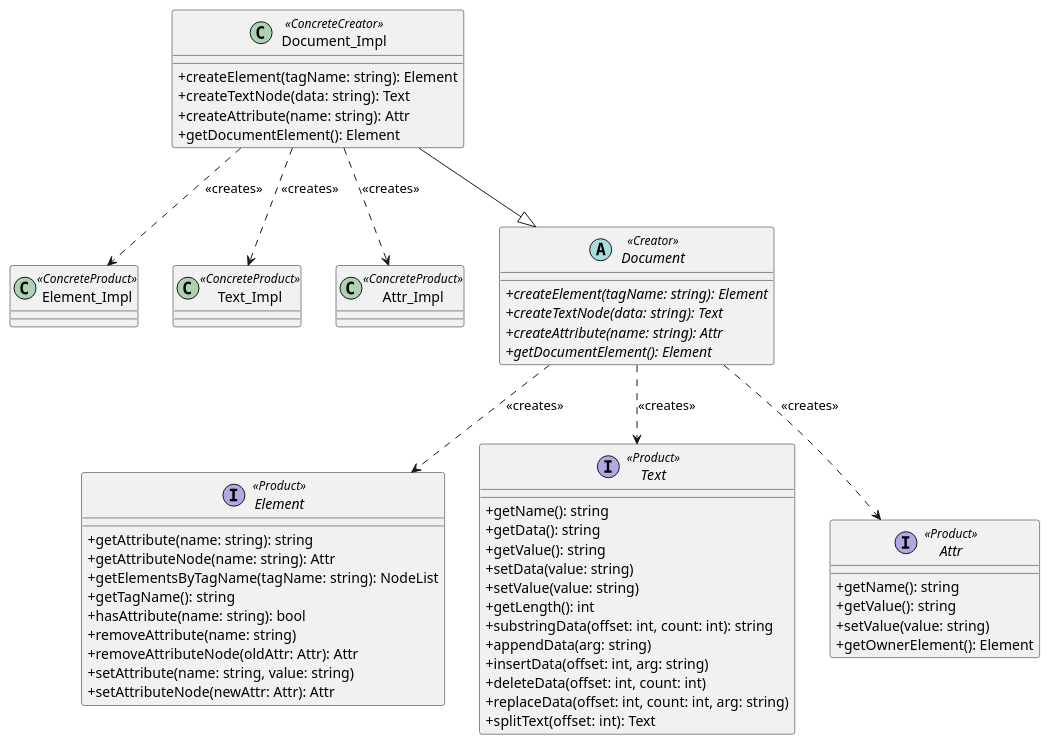
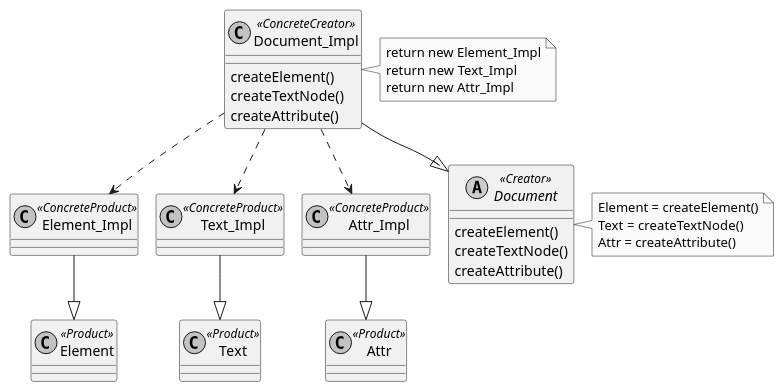
Before and after one commit to mgyllenhoff/software-patterns: the diagram in uml/FactoryMethod.puml, drawn with PlantUML.

Commit message:
Updated UML to be more simplified

```diff
--- a/uml/FactoryMethod.puml
+++ b/uml/FactoryMethod.puml
@@ -1,98 +1,55 @@
 @startuml
-' =========================
-' Factory Method DOM Diagram
-' =========================
+!pragma layout smetana
 
 skinparam classAttributeIconSize 0
+skinparam monochrome true
 
-' -------------------------
-' Products (interfaces)
-' -------------------------
-interface Element <<Product>> {
-    +getAttribute(name: string): string
-    +getAttributeNode(name: string): Attr
-    +getElementsByTagName(tagName: string): NodeList
-    +getTagName(): string
-    +hasAttribute(name: string): bool
-    +removeAttribute(name: string)
-    +removeAttributeNode(oldAttr: Attr): Attr
-    +setAttribute(name: string, value: string)
-    +setAttributeNode(newAttr: Attr): Attr
+' Products (no methods shown - single compartment)
+class Element <<Product>>
+class Text <<Product>>
+class Attr <<Product>>
+
+' Concrete Products (no methods shown - single compartment)
+class Element_Impl <<ConcreteProduct>>
+class Text_Impl <<ConcreteProduct>>
+class Attr_Impl <<ConcreteProduct>>
+
+' Creator (has methods - two compartments)
+abstract class Document <<Creator>> {
+    createElement()
+    createTextNode()
+    createAttribute()
 }
 
-interface Text <<Product>> {
-    +getName(): string
-    +getData(): string
-    +getValue(): string
-    +setData(value: string)
-    +setValue(value: string)
-    +getLength(): int
-    +substringData(offset: int, count: int): string
-    +appendData(arg: string)
-    +insertData(offset: int, arg: string)
-    +deleteData(offset: int, count: int)
-    +replaceData(offset: int, count: int, arg: string)
-    +splitText(offset: int): Text
+' Concrete Creator (has methods - two compartments)
+class Document_Impl <<ConcreteCreator>> {
+    createElement()
+    createTextNode()
+    createAttribute()
 }
 
-interface Attr <<Product>> {
-    +getName(): string
-    +getValue(): string
-    +setValue(value: string)
-    +getOwnerElement(): Element
-}
-
-' -------------------------
-' Concrete Products
-' -------------------------
-class Element_Impl <<ConcreteProduct>> {
-}
-
-class Text_Impl <<ConcreteProduct>> {
-}
-
-class Attr_Impl <<ConcreteProduct>> {
-}
-
-' -------------------------
-' Creator
-' -------------------------
-abstract class Document <<Creator>> {
-    +{abstract} createElement(tagName: string): Element
-    +{abstract} createTextNode(data: string): Text
-    +{abstract} createAttribute(name: string): Attr
-    +{abstract} getDocumentElement(): Element
-}
-
-' -------------------------
-' Concrete Creator
-' -------------------------
-class Document_Impl <<ConcreteCreator>> {
-    +createElement(tagName: string): Element
-    +createTextNode(data: string): Text
-    +createAttribute(name: string): Attr
-    +getDocumentElement(): Element
-}
-
-' =========================
 ' Relationships
-' =========================
-
-' Implementation relationships (dashed lines with hollow arrow)
 Document_Impl --|> Document
 
-' Element_Impl ..|> Element
-' Text_Impl ..|> Text
-' Attr_Impl ..|> Attr
+' ConcreteProducts inherit from Products
+Element_Impl --|> Element
+Text_Impl --|> Text
+Attr_Impl --|> Attr
 
-' Dependency relationships (dashed arrows)
-Document_Impl ..> Element_Impl : <<creates>>
-Document_Impl ..> Text_Impl : <<creates>>
-Document_Impl ..> Attr_Impl : <<creates>>
+Document_Impl ..> Element_Impl
+Document_Impl ..> Text_Impl
+Document_Impl ..> Attr_Impl
 
-' Factory method declarations
-Document ..> Element : <<creates>>
-Document ..> Text : <<creates>>
-Document ..> Attr : <<creates>>
+note right of Document_Impl
+  return new Element_Impl
+  return new Text_Impl
+  return new Attr_Impl
+end note
+
+note right of Document
+  Element = createElement()
+  Text = createTextNode()
+  Attr = createAttribute()
+end note
 
 @enduml
```
